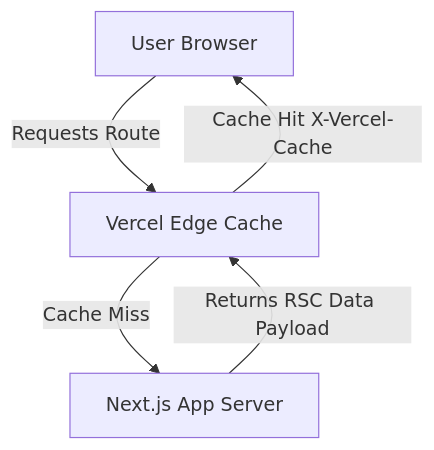
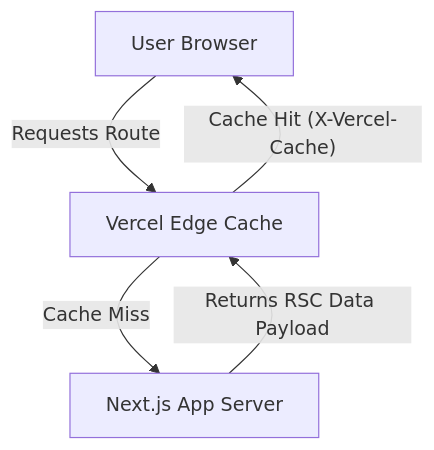
The diagram in README.md (sujitkr268/Backend_Audit), drawn with Mermaid before and after one commit.

Commit message:
Fix Mermaid diagram syntax in README

````diff
--- a/README.md
+++ b/README.md
@@ -52,7 +52,7 @@
 ```mermaid
-graph TD;
-    Client[User Browser] -->|Requests Route| Edge[Vercel Edge Cache]
-    Edge -->|Cache Hit X-Vercel-Cache| Client
-    Edge -->|Cache Miss| Server[Next.js App Server]
-    Server -->|Returns RSC Data Payload| Edge
+flowchart TD
+    Client["User Browser"] -->|"Requests Route"| Edge["Vercel Edge Cache"]
+    Edge -->|"Cache Hit (X-Vercel-Cache)"| Client
+    Edge -->|"Cache Miss"| Server["Next.js App Server"]
+    Server -->|"Returns RSC Data Payload"| Edge
 ```
````
